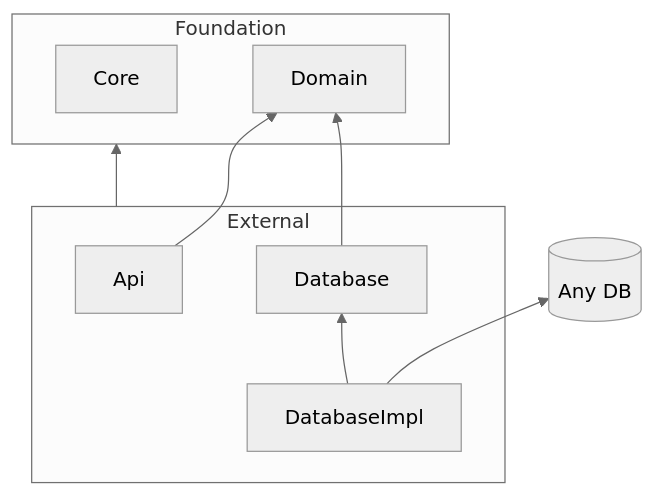
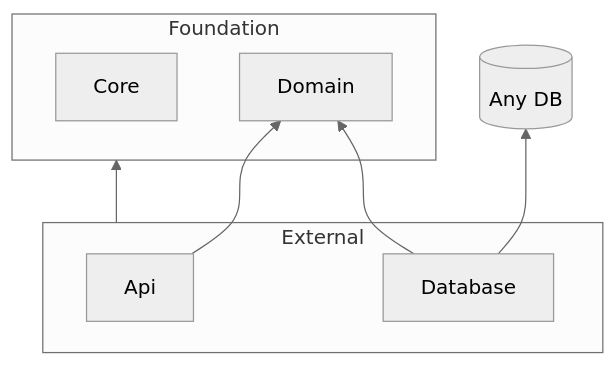
One commit to BrunoBiluca/biluca-knowledge changed the diagram in Programação/Backend/Backend.md. Above: the diagram before and after it, drawn with Mermaid (neutral theme). The commit also changed 1 other file, not shown here.

Commit message:
✨ Início da consolidação sobre inversão de dependêncais

````diff
--- a/Programação/Backend/Backend.md
+++ b/Programação/Backend/Backend.md
@@ -32,26 +32,24 @@
 ```mermaid
 
 flowchart BT
 
 subgraph Foundation
 Core
 Domain
 end
 
 subgraph External
 
 Api
 Api --> Domain
 
 Database
 Database --> Domain
-
-DatabaseImpl --> Database
 end
 
 db[(Any DB)]
-DatabaseImpl --> db
+Database --> db
 
 External --> Foundation
 
 ```
````
